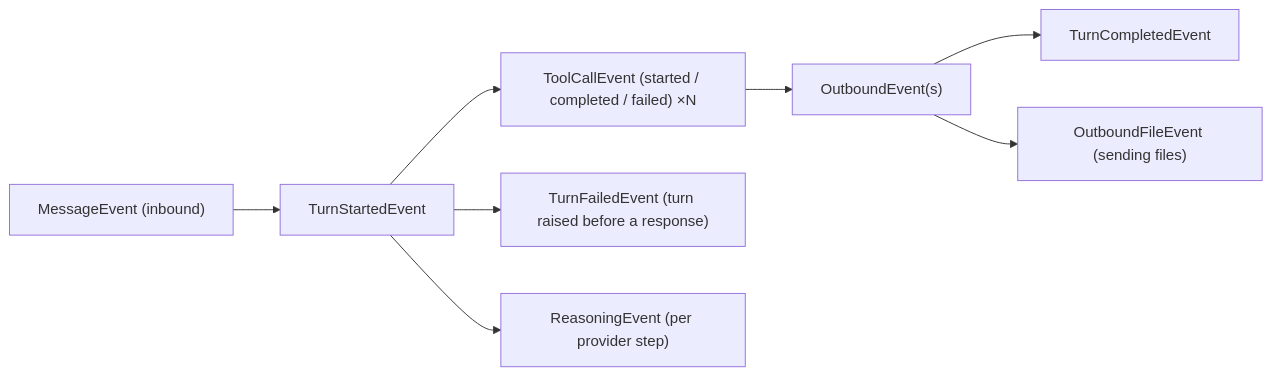
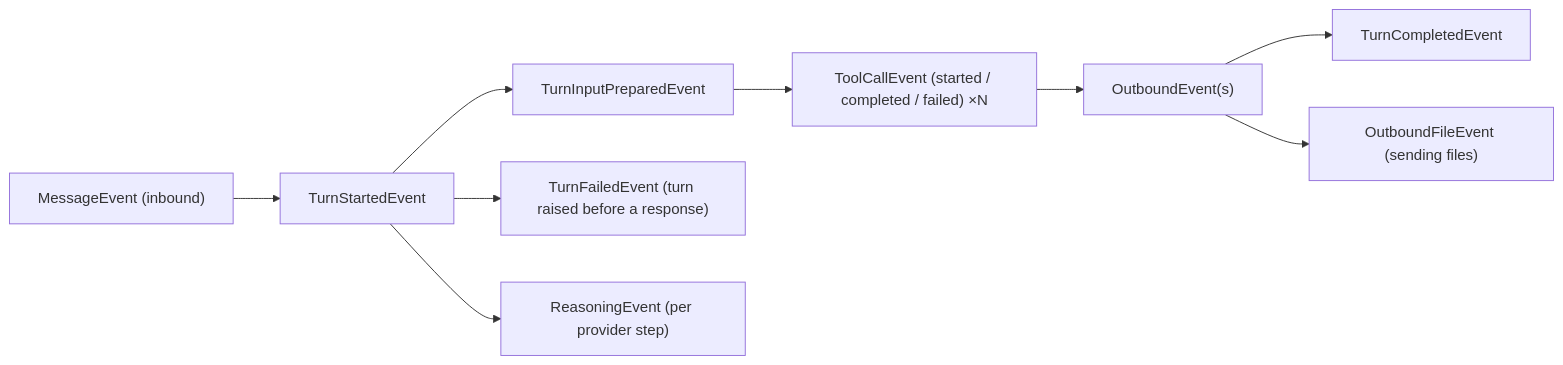
The diagram in docs/events.rst (sonic182/minibot), drawn with Mermaid before and after one commit. The commit also changed other lines of this file and 80 other files, not shown here.

```diff
--- a/docs/events.rst
+++ b/docs/events.rst
@@ -27,10 +27,11 @@
 .. mermaid::
 
    flowchart LR
        A["MessageEvent (inbound)"] --> B["TurnStartedEvent"]
-       B --> C["ToolCallEvent (started / completed / failed) ×N"]
+       B --> I["TurnInputPreparedEvent"]
+       I --> C["ToolCallEvent (started / completed / failed) ×N"]
        C --> D["OutboundEvent(s)"]
        D --> E["TurnCompletedEvent"]
        B --> F["TurnFailedEvent (turn raised before a response)"]
        B --> H["ReasoningEvent (per provider step)"]
        D --> G["OutboundFileEvent (sending files)"]
```
